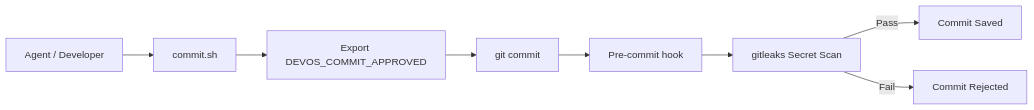
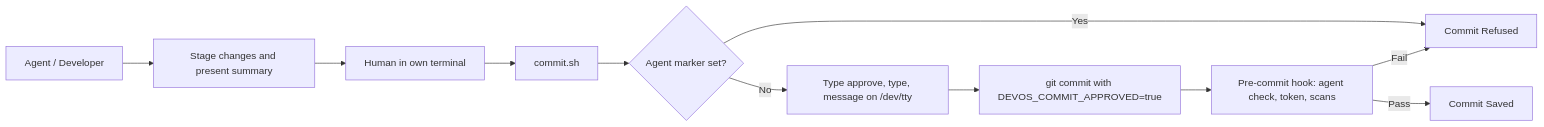
One commit to olitech1010/dev-os changed the fourth of 11 diagrams in templates/docs/ARCHITECTURE.md. Above: the diagram before and after it, drawn with Mermaid. The commit also changed other lines of this file and 198 other files, not shown here.

First line of the commit message:
feat!: Dev-OS 5.0.0 - working hook enforcement, consolidated roster and skills, cross-harness AGENTS.md, spec workflow, plugin packaging

````diff
--- a/templates/docs/ARCHITECTURE.md
+++ b/templates/docs/ARCHITECTURE.md
@@ -71,10 +71,13 @@
 ```mermaid
 flowchart LR
-    Dev["Agent / Developer"] --> Script[commit.sh]
-    Script --> Token[Export DEVOS_COMMIT_APPROVED]
-    Token --> Git[git commit]
-    Git --> Hook[Pre-commit hook]
-    Hook --> Gitleaks[gitleaks Secret Scan]
-    Gitleaks -- Pass --> Success[Commit Saved]
-    Gitleaks -- Fail --> Reject[Commit Rejected]
+    Agent["Agent / Developer"] --> Stage[Stage changes and present summary]
+    Stage --> Human[Human in own terminal]
+    Human --> Script[commit.sh]
+    Script --> Marker{Agent marker set?}
+    Marker -- Yes --> Reject[Commit Refused]
+    Marker -- No --> Approve[Type approve, type, message on /dev/tty]
+    Approve --> Git[git commit with DEVOS_COMMIT_APPROVED=true]
+    Git --> Hook[Pre-commit hook: agent check, token, scans]
+    Hook -- Pass --> Success[Commit Saved]
+    Hook -- Fail --> Reject
 ```
````
